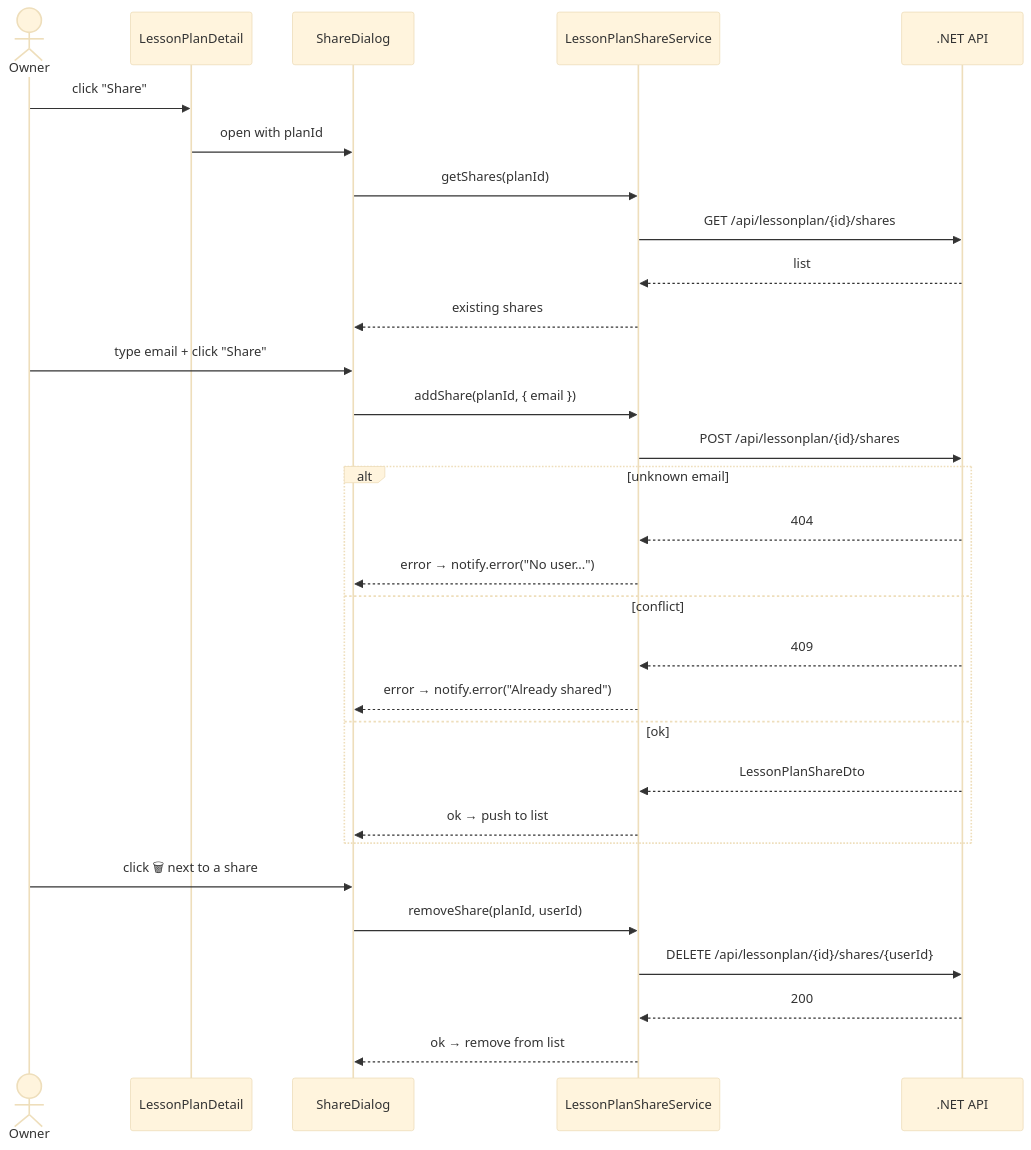
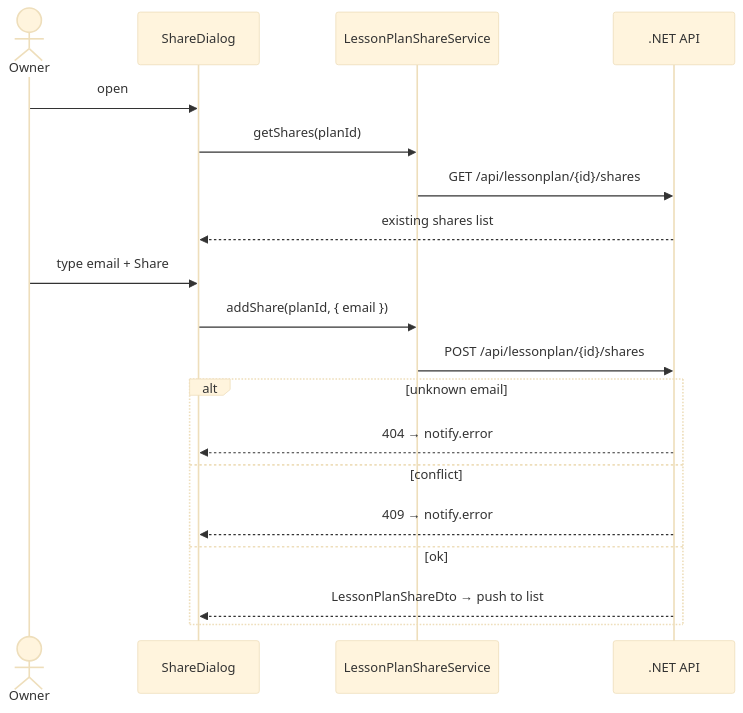
One commit to Dockdep/LessonHub changed the fifth of 7 diagrams in diagrams/frontend/06-flows.md. Above: the diagram before and after it, drawn with Mermaid (base theme). The commit also changed other lines of this file and 36 other files, not shown here.

````diff
--- a/diagrams/frontend/06-flows.md
+++ b/diagrams/frontend/06-flows.md
@@ -145,33 +115,22 @@
 ```mermaid
 sequenceDiagram
   actor Owner
-  participant LPD as LessonPlanDetail
   participant SD as ShareDialog
   participant SS as LessonPlanShareService
   participant API as .NET API
 
-  Owner->>LPD: click "Share"
-  LPD->>SD: open with planId
+  Owner->>SD: open
   SD->>SS: getShares(planId)
   SS->>API: GET /api/lessonplan/{id}/shares
-  API-->>SS: list
-  SS-->>SD: existing shares
-  Owner->>SD: type email + click "Share"
+  API-->>SD: existing shares list
+  Owner->>SD: type email + Share
   SD->>SS: addShare(planId, { email })
   SS->>API: POST /api/lessonplan/{id}/shares
   alt unknown email
-    API-->>SS: 404
-    SS-->>SD: error → notify.error("No user...")
+    API-->>SD: 404 → notify.error
   else conflict
-    API-->>SS: 409
-    SS-->>SD: error → notify.error("Already shared")
+    API-->>SD: 409 → notify.error
   else ok
-    API-->>SS: LessonPlanShareDto
-    SS-->>SD: ok → push to list
+    API-->>SD: LessonPlanShareDto → push to list
   end
-  Owner->>SD: click 🗑 next to a share
-  SD->>SS: removeShare(planId, userId)
-  SS->>API: DELETE /api/lessonplan/{id}/shares/{userId}
-  API-->>SS: 200
-  SS-->>SD: ok → remove from list
 ```
````
